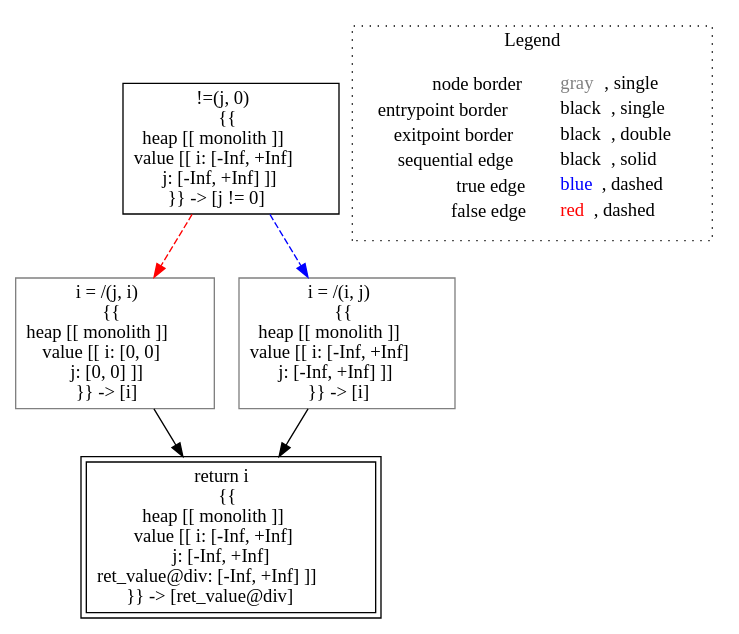
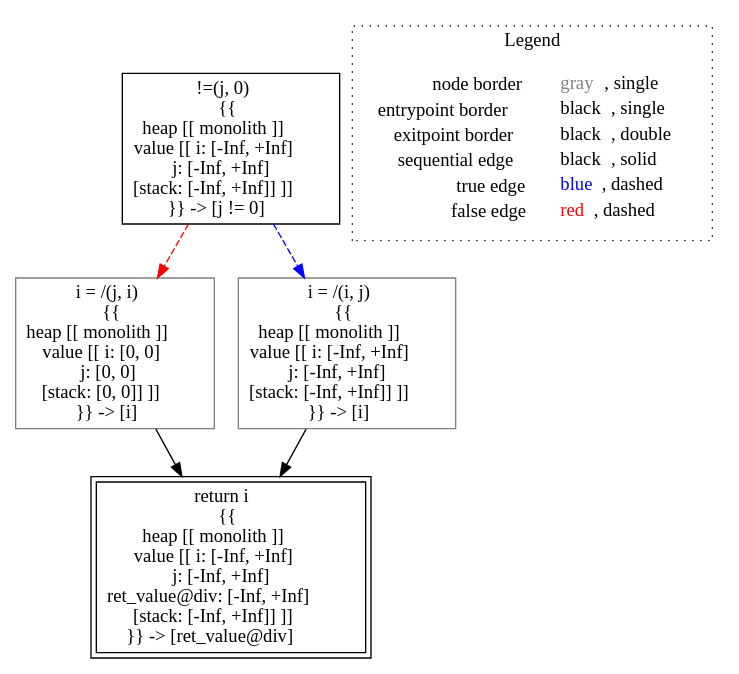
One commit to lisa-analyzer/lisa changed the diagram in lisa/lisa-core/imp-testcases/interval/analysis___untyped_tutorial.div(tutorial_this,_untyped_i,_untyped_j).dot. Above: the diagram before and after it, drawn with Graphviz. The commit also changed 84 other files, not shown here.

```diff
--- a/lisa/lisa-core/imp-testcases/interval/analysis___untyped_tutorial.div(tutorial_this,_untyped_i,_untyped_j).dot
+++ b/lisa/lisa-core/imp-testcases/interval/analysis___untyped_tutorial.div(tutorial_this,_untyped_i,_untyped_j).dot
@@ -1,17 +1,17 @@
 digraph {
-	"node0" [shape="rect",color="black",label=<!=(j, 0)<BR/>{{<BR/>heap [[ monolith ]]<BR/>value [[ i: [-Inf, +Inf]<BR/>j: [-Inf, +Inf] ]]<BR/>}} -&gt; [j != 0]>];
-	"node1" [shape="rect",color="gray",label=<i = /(j, i)<BR/>{{<BR/>heap [[ monolith ]]<BR/>value [[ i: [0, 0]<BR/>j: [0, 0] ]]<BR/>}} -&gt; [i]>];
-	"node2" [shape="rect",color="gray",label=<i = /(i, j)<BR/>{{<BR/>heap [[ monolith ]]<BR/>value [[ i: [-Inf, +Inf]<BR/>j: [-Inf, +Inf] ]]<BR/>}} -&gt; [i]>];
-	"node3" [shape="rect",color="black",peripheries="2",label=<return i<BR/>{{<BR/>heap [[ monolith ]]<BR/>value [[ i: [-Inf, +Inf]<BR/>j: [-Inf, +Inf]<BR/>ret_value@div: [-Inf, +Inf] ]]<BR/>}} -&gt; [ret_value@div]>];
-	"node1" -> "node3" [color="black"];
+	"node0" [shape="rect",color="black",label=<!=(j, 0)<BR/>{{<BR/>heap [[ monolith ]]<BR/>value [[ i: [-Inf, +Inf]<BR/>j: [-Inf, +Inf]<BR/>[stack: [-Inf, +Inf]] ]]<BR/>}} -&gt; [j != 0]>];
+	"node1" [shape="rect",color="gray",label=<i = /(j, i)<BR/>{{<BR/>heap [[ monolith ]]<BR/>value [[ i: [0, 0]<BR/>j: [0, 0]<BR/>[stack: [0, 0]] ]]<BR/>}} -&gt; [i]>];
+	"node2" [shape="rect",color="black",peripheries="2",label=<return i<BR/>{{<BR/>heap [[ monolith ]]<BR/>value [[ i: [-Inf, +Inf]<BR/>j: [-Inf, +Inf]<BR/>ret_value@div: [-Inf, +Inf]<BR/>[stack: [-Inf, +Inf]] ]]<BR/>}} -&gt; [ret_value@div]>];
+	"node3" [shape="rect",color="gray",label=<i = /(i, j)<BR/>{{<BR/>heap [[ monolith ]]<BR/>value [[ i: [-Inf, +Inf]<BR/>j: [-Inf, +Inf]<BR/>[stack: [-Inf, +Inf]] ]]<BR/>}} -&gt; [i]>];
 	"node0" -> "node1" [color="red",style="dashed"];
-	"node0" -> "node2" [color="blue",style="dashed"];
-	"node2" -> "node3" [color="black"];
+	"node0" -> "node3" [color="blue",style="dashed"];
+	"node1" -> "node2" [color="black"];
+	"node3" -> "node2" [color="black"];
 subgraph cluster_legend {
 	label="Legend";
 	style=dotted;
 	node [shape=plaintext];
 	"legend" [label=<<table border="0" cellpadding="2" cellspacing="0" cellborder="0"><tr><td align="right">node border&nbsp;</td><td align="left"><font color="gray">gray</font>, single</td></tr><tr><td align="right">entrypoint border&nbsp;</td><td align="left"><font color="black">black</font>, single</td></tr><tr><td align="right">exitpoint border&nbsp;</td><td align="left"><font color="black">black</font>, double</td></tr><tr><td align="right">sequential edge&nbsp;</td><td align="left"><font color="black">black</font>, solid</td></tr><tr><td align="right">true edge&nbsp;</td><td align="left"><font color="blue">blue</font>, dashed</td></tr><tr><td align="right">false edge&nbsp;</td><td align="left"><font color="red">red</font>, dashed</td></tr></table>>];
 }
 
 }
```
